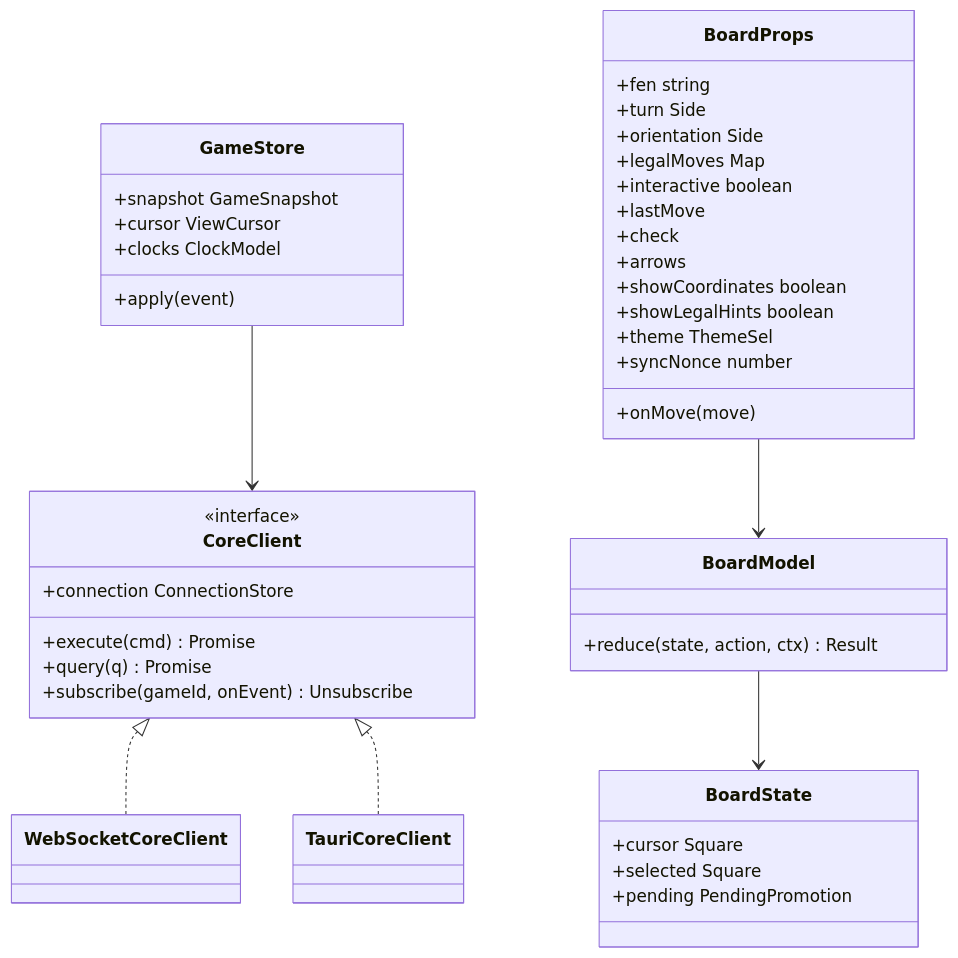
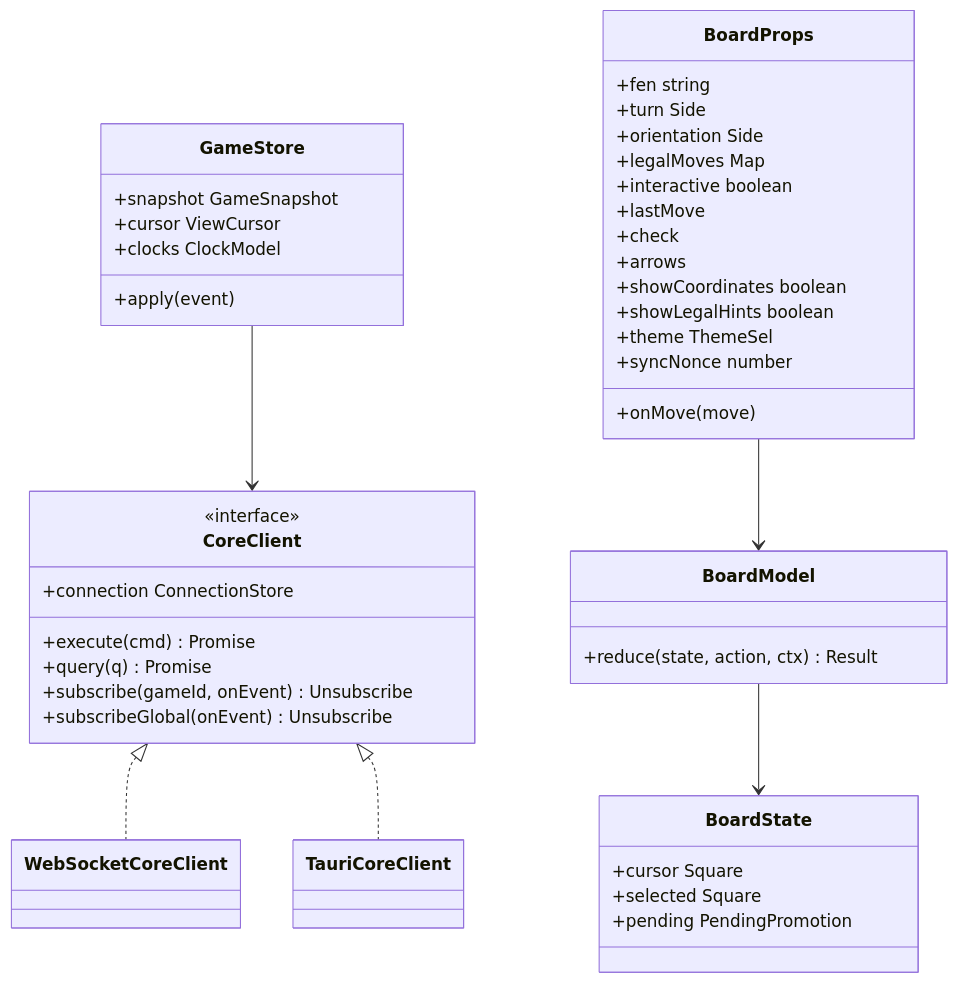
The third of 7 diagrams in docs/design/SDD-ui.md (bprascher/chess), drawn with Mermaid before and after one commit. The commit also changed other lines of this file and 17 other files, not shown here.

First line of the commit message:
Apply architecture addendum B and C to the SDDs and add the v0.4 consistency pass

````diff
--- a/docs/design/SDD-ui.md
+++ b/docs/design/SDD-ui.md
@@ -169,46 +170,47 @@
 ```mermaid
 classDiagram
     class CoreClient {
         <<interface>>
         +execute(cmd) Promise
         +query(q) Promise
         +subscribe(gameId, onEvent) Unsubscribe
+        +subscribeGlobal(onEvent) Unsubscribe
         +connection ConnectionStore
     }
     class WebSocketCoreClient
     class TauriCoreClient
     class GameStore {
         +snapshot GameSnapshot
         +cursor ViewCursor
         +clocks ClockModel
         +apply(event)
     }
     class BoardProps {
         +fen string
         +turn Side
         +orientation Side
         +legalMoves Map
         +interactive boolean
         +lastMove
         +check
         +arrows
         +showCoordinates boolean
         +showLegalHints boolean
         +theme ThemeSel
         +syncNonce number
         +onMove(move)
     }
     class BoardModel {
         +reduce(state, action, ctx) Result
     }
     class BoardState {
         +cursor Square
         +selected Square
         +pending PendingPromotion
     }
     CoreClient <|.. WebSocketCoreClient
     CoreClient <|.. TauriCoreClient
     GameStore --> CoreClient
     BoardModel --> BoardState
     BoardProps --> BoardModel
 ```
````
